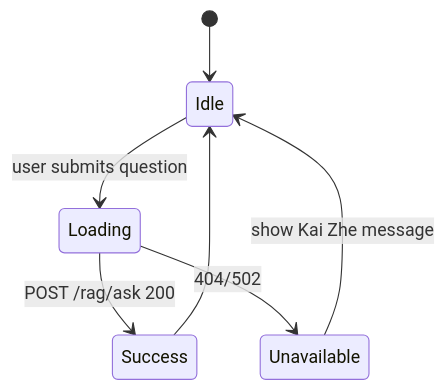
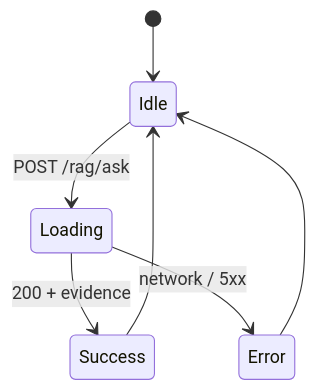
One commit to JayXCoder/SentinelX changed the fifth of 7 diagrams in sentinelx-frontend/docs/workflow.md. Above: the diagram before and after it, drawn with Mermaid. The commit also changed other lines of this file and 158 other files, not shown here.

````diff
--- a/sentinelx-frontend/docs/workflow.md
+++ b/sentinelx-frontend/docs/workflow.md
@@ -47,9 +64,9 @@
 ```mermaid
 stateDiagram-v2
   [*] --> Idle
-  Idle --> Loading: user submits question
-  Loading --> Success: POST /rag/ask 200
-  Loading --> Unavailable: 404/502
-  Unavailable --> Idle: show Kai Zhe message
+  Idle --> Loading: POST /rag/ask
+  Loading --> Success: 200 + evidence
+  Loading --> Error: network / 5xx
   Success --> Idle
+  Error --> Idle
 ```
````
